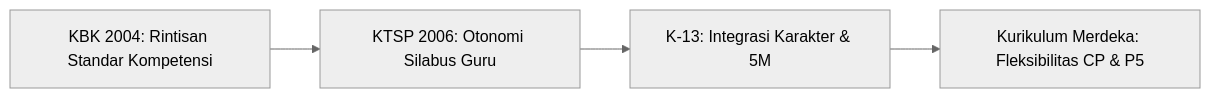
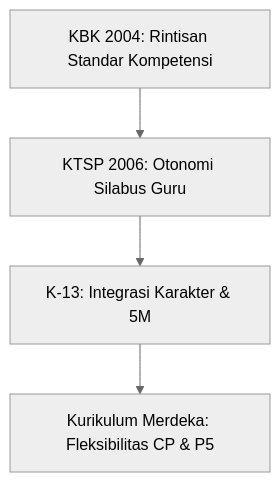
Before and after one commit to narr07/permadi: the diagram in content/id/blog/10.sejarah-perkembangan-kurikulum-di-indonesia.md, drawn with Mermaid (neutral theme). The commit also changed 5 other files, not shown here.

Commit message:
feat: add blog post on Indonesian curriculum history, Mermaid diagram component, and AI skill documentation

````diff
--- a/content/id/blog/10.sejarah-perkembangan-kurikulum-di-indonesia.md
+++ b/content/id/blog/10.sejarah-perkembangan-kurikulum-di-indonesia.md
@@ -87,6 +87,6 @@
 ```mermaid
-graph LR
+graph TD
     A[KBK 2004: Rintisan Standar Kompetensi] --> B[KTSP 2006: Otonomi Silabus Guru]
     B --> C[K-13: Integrasi Karakter & 5M]
     C --> D[Kurikulum Merdeka: Fleksibilitas CP & P5]
 ```
````
